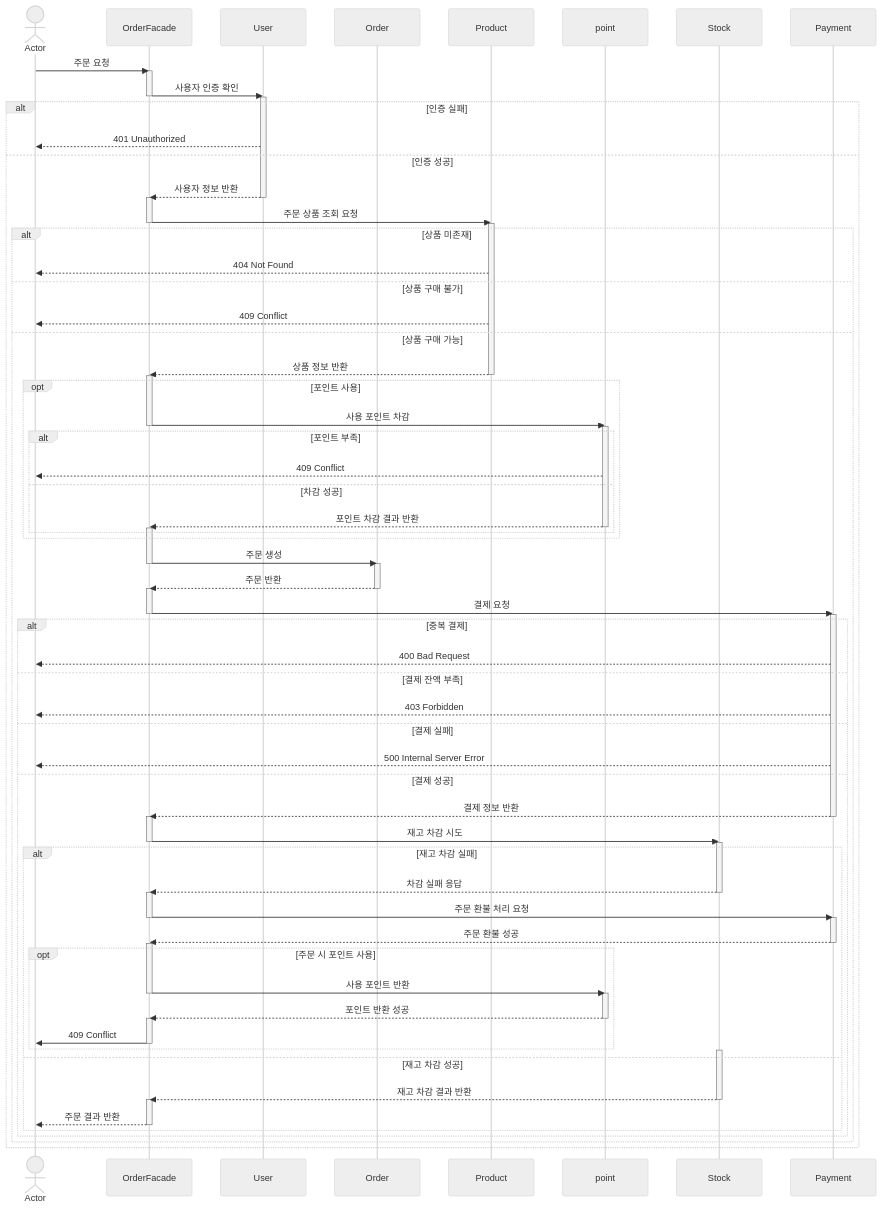
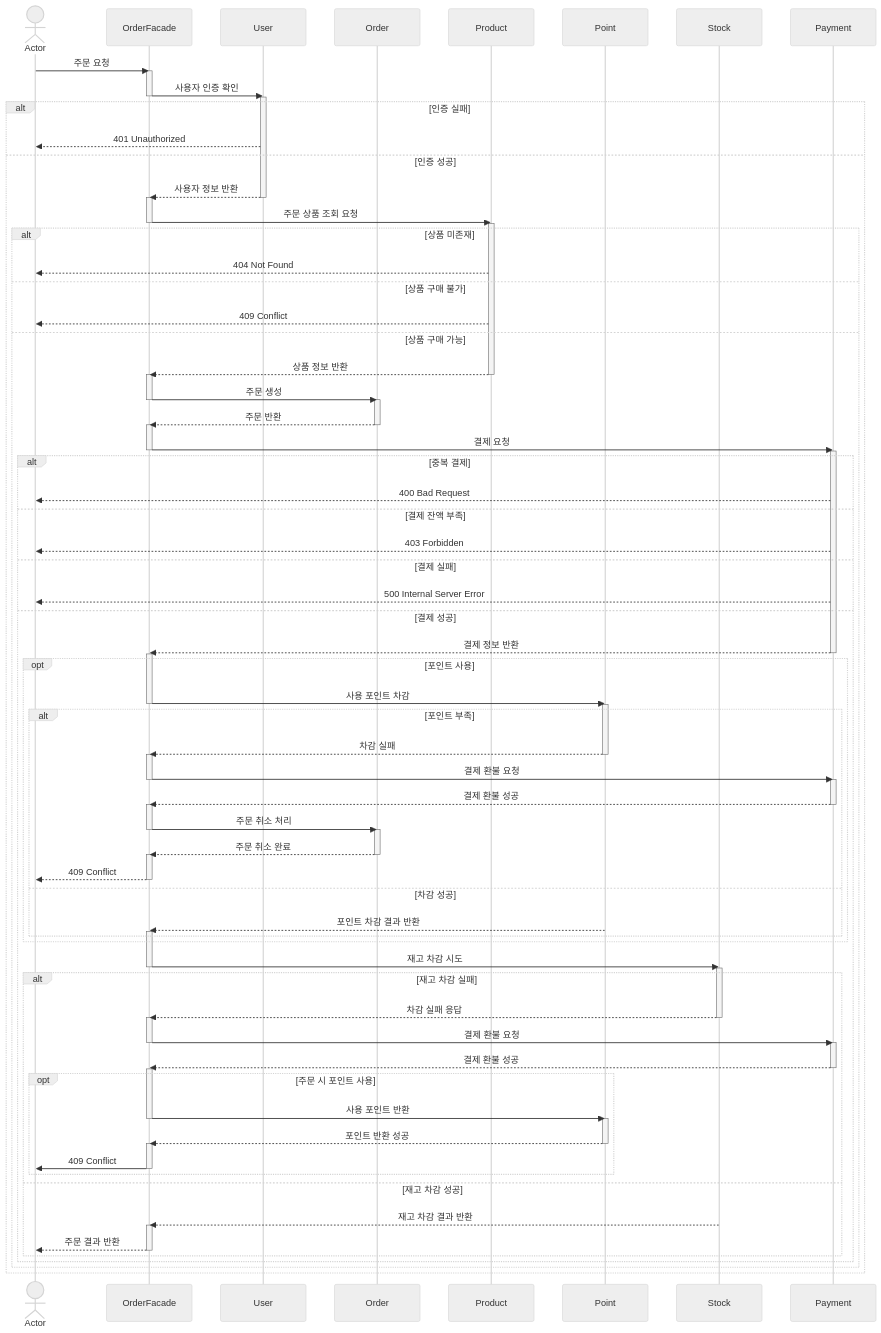
One commit to hgh1472/loopers changed the seventh of 9 diagrams in docs/design/02-sequence-diagrams.md. Above: the diagram before and after it, drawn with Mermaid (neutral theme).

Commit message:
docs: 주문 생성 및 결제 시퀀스 다이어그램 수정

```diff
--- a/docs/design/02-sequence-diagrams.md
+++ b/docs/design/02-sequence-diagrams.md
@@ -290,7 +290,7 @@
   Participant U as User
   Participant O as Order
   Participant Pd as Product
-  Participant P as point
+  Participant P as Point
   Participant S as Stock
   Participant Pay as Payment
   
@@ -316,18 +316,6 @@
       Pd-->>OF: 상품 정보 반환
       deactivate Pd     
       activate OF
-      opt 포인트 사용
-        OF->>P: 사용 포인트 차감
-        deactivate OF
-        activate P
-        alt 포인트 부족
-          P-->>A: 409 Conflict
-          else 차감 성공
-          P-->>OF: 포인트 차감 결과 반환
-          deactivate P
-          activate OF
-          end
-      end
       OF->>O: 주문 생성
       deactivate OF
       activate O
@@ -348,6 +336,33 @@
         Pay-->>OF: 결제 정보 반환
         deactivate Pay
         activate OF
+        opt 포인트 사용
+          OF->>P: 사용 포인트 차감
+          deactivate OF
+          activate P
+          alt 포인트 부족
+            P-->>OF: 차감 실패
+            deactivate P
+            activate OF
+	          OF->>Pay: 결제 환불 요청
+	          deactivate OF
+	          activate Pay
+	          Pay-->>OF: 결제 환불 성공
+	          deactivate Pay
+	          activate OF
+	          OF->>O: 주문 취소 처리
+	          deactivate OF
+	          activate O
+	          O-->>OF: 주문 취소 완료
+	          deactivate O
+	          activate OF
+	          OF-->>A: 409 Conflict
+	          deactivate OF
+          else 차감 성공
+	          P-->>OF: 포인트 차감 결과 반환
+	          activate OF
+          end
+        end
         OF->>S: 재고 차감 시도
         deactivate OF
         activate S
@@ -355,10 +370,10 @@
           S-->>OF: 차감 실패 응답
           deactivate S
           activate OF
-          OF->>Pay: 주문 환불 처리 요청
+          OF->>Pay: 결제 환불 요청
           deactivate OF
           activate Pay
-          Pay-->>OF: 주문 환불 성공
+          Pay-->>OF: 결제 환불 성공
           deactivate Pay
           activate OF
           opt 주문 시 포인트 사용
@@ -371,17 +386,14 @@
             OF->>A: 409 Conflict
             deactivate OF
           end
-          activate S
         else 재고 차감 성공
           S-->>OF: 재고 차감 결과 반환
-          deactivate S
           activate OF
           OF-->>A: 주문 결과 반환
           deactivate OF
         end
       end
     end 
-    
   end
     
   
```
